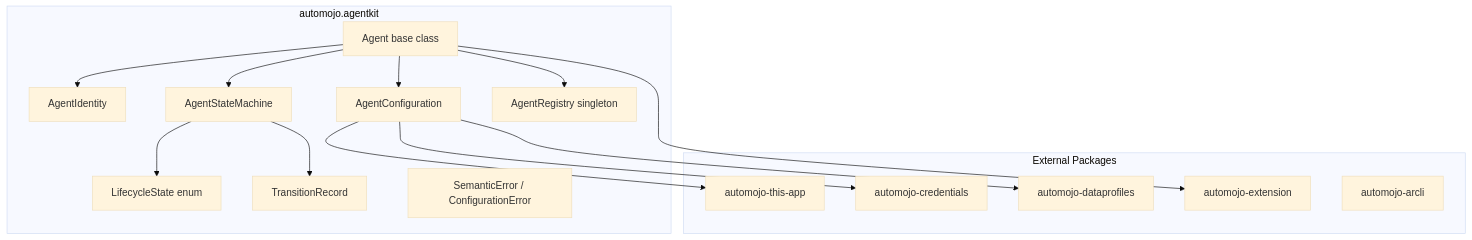
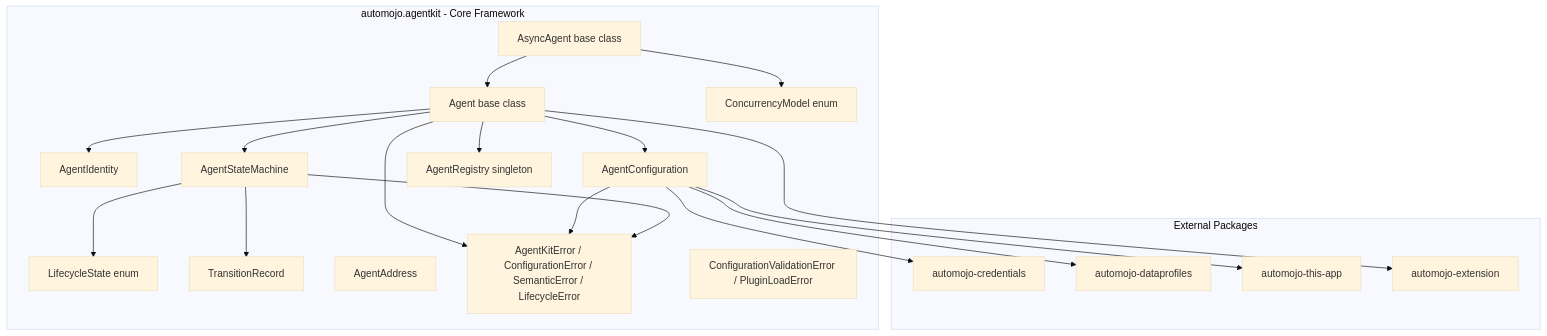
One commit to code-craft-ai-company/codecraftai-agent-kit changed the first of 4 diagrams in specs/core-agent-framework/design.md. Above: the diagram before and after it, drawn with Mermaid (base theme). The commit also changed other lines of this file and 319 other files, not shown here.

First line of the commit message:
agent-kit: lock in extensive new module + test work.

````diff
--- a/specs/core-agent-framework/design.md
+++ b/specs/core-agent-framework/design.md
@@ -19,30 +19,40 @@
 ```mermaid
 graph TD
-    subgraph automojo.agentkit
+    subgraph automojo.agentkit - Core Framework
         Agent[Agent base class]
         AgentIdentity[AgentIdentity]
         AgentConfiguration[AgentConfiguration]
         AgentStateMachine[AgentStateMachine]
-        AgentRegistry[AgentRegistry singleton]
         LifecycleState[LifecycleState enum]
         TransitionRecord[TransitionRecord]
-        Errors[SemanticError / ConfigurationError]
+        AgentRegistry[AgentRegistry singleton]
+        AgentAddress[AgentAddress]
+        ConcurrencyModel[ConcurrencyModel enum]
+        AsyncAgent[AsyncAgent base class]
+        Errors[AgentKitError / ConfigurationError / SemanticError / LifecycleError]
+        ConfigErrors[ConfigurationValidationError / PluginLoadError]
     end
+
     subgraph External Packages
-        AppContext[automojo-this-app]
         Credentials[automojo-credentials]
         DataProfiles[automojo-dataprofiles]
+        ThisApp[automojo-this-app]
         Extension[automojo-extension]
-        ArCli[automojo-arcli]
     end
+
     Agent --> AgentIdentity
     Agent --> AgentConfiguration
     Agent --> AgentStateMachine
     Agent --> AgentRegistry
     AgentStateMachine --> LifecycleState
     AgentStateMachine --> TransitionRecord
-    AgentConfiguration --> AppContext
+    AsyncAgent --> Agent
+    AsyncAgent --> ConcurrencyModel
     AgentConfiguration --> Credentials
     AgentConfiguration --> DataProfiles
+    AgentConfiguration --> ThisApp
     Agent --> Extension
+    Agent --> Errors
+    AgentConfiguration --> Errors
+    AgentStateMachine --> Errors
 ```
````
